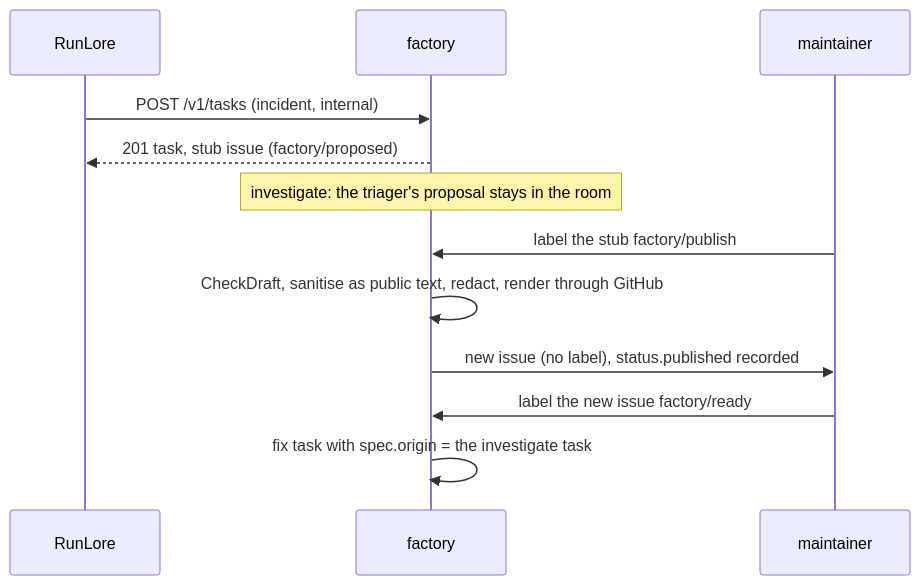
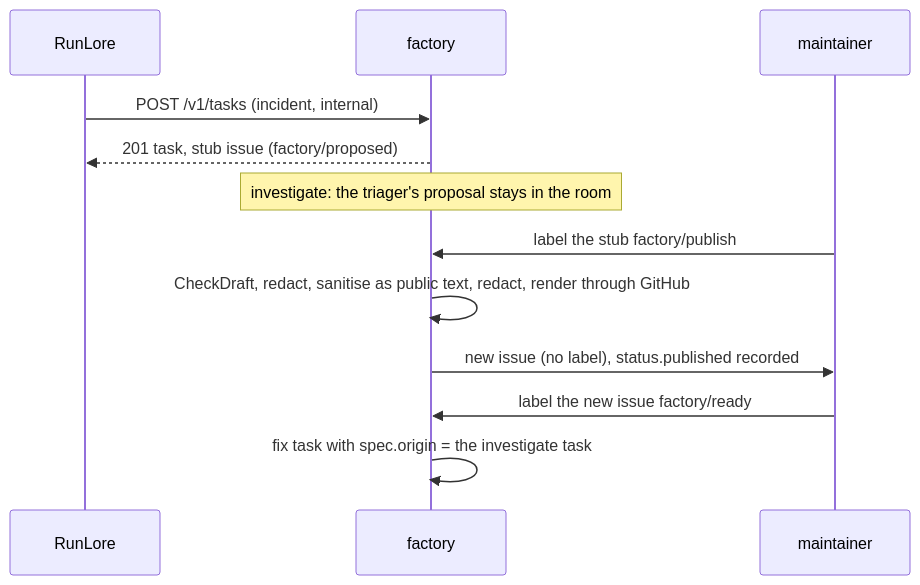
Before and after one commit to Smana/maku: the seventh of 8 diagrams in docs/factory.md, drawn with Mermaid. The commit also changed other lines of this file and 3 other files, not shown here.

````diff
--- a/docs/factory.md
+++ b/docs/factory.md
@@ -695,14 +695,14 @@
 ```mermaid
 sequenceDiagram
   participant R as RunLore
   participant F as factory
   participant M as maintainer
   R->>F: POST /v1/tasks (incident, internal)
   F-->>R: 201 task, stub issue (factory/proposed)
   Note over F: investigate: the triager's proposal stays in the room
   M->>F: label the stub factory/publish
-  F->>F: CheckDraft, sanitise as public text, redact, render through GitHub
+  F->>F: CheckDraft, redact, sanitise as public text, redact, render through GitHub
   F->>M: new issue (no label), status.published recorded
   M->>F: label the new issue factory/ready
   F->>F: fix task with spec.origin = the investigate task
 ```
````
